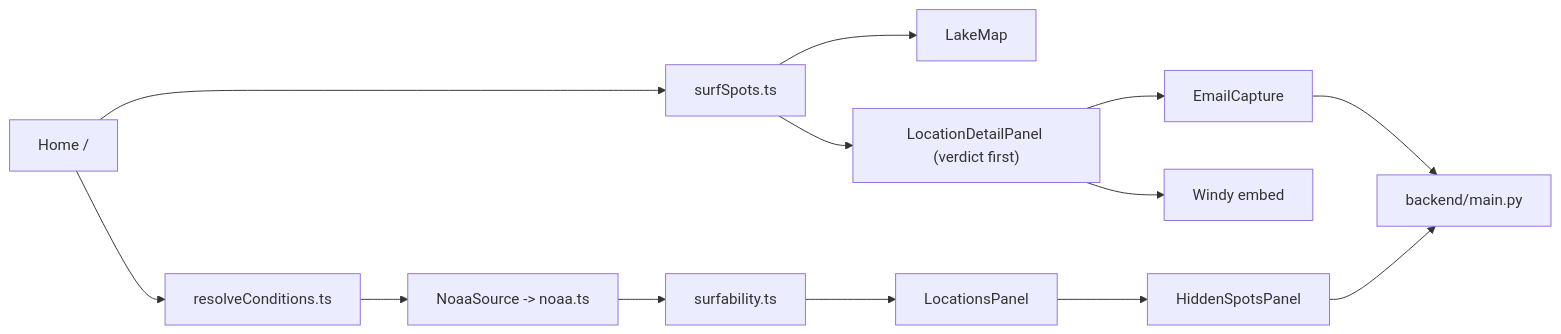
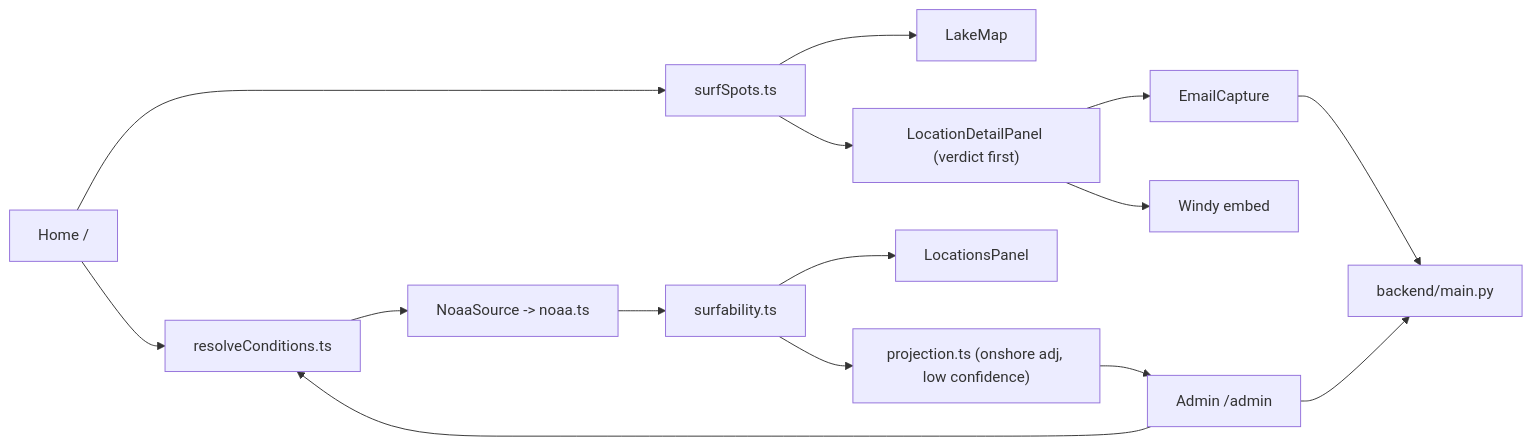
The diagram in CONTEXT.md (CPHughes7/surf-app-rerun), drawn with Mermaid before and after one commit. The commit also changed other lines of this file, not shown here.

````diff
--- a/CONTEXT.md
+++ b/CONTEXT.md
@@ -54,23 +60,26 @@
 ```mermaid
 flowchart LR
   Home["Home /"]
+  Admin["Admin /admin"]
   Catalog["surfSpots.ts"]
   Seam["resolveConditions.ts"]
   NoaaSrc["NoaaSource -> noaa.ts"]
   Score["surfability.ts"]
+  Proj["projection.ts (onshore adj, low confidence)"]
   Drawer["LocationsPanel"]
-  Hidden["HiddenSpotsPanel"]
   Map["LakeMap"]
   Sheet["LocationDetailPanel (verdict first)"]
   Capture["EmailCapture"]
   Windy["Windy embed"]
   Backend["backend/main.py"]
   Home --> Catalog
   Home --> Seam --> NoaaSrc --> Score
   Score --> Drawer
   Catalog --> Map
   Catalog --> Sheet
   Sheet --> Capture --> Backend
   Sheet --> Windy
-  Drawer --> Hidden --> Backend
+  Admin --> Backend
+  Admin --> Seam
+  Score --> Proj --> Admin
 ```
````
